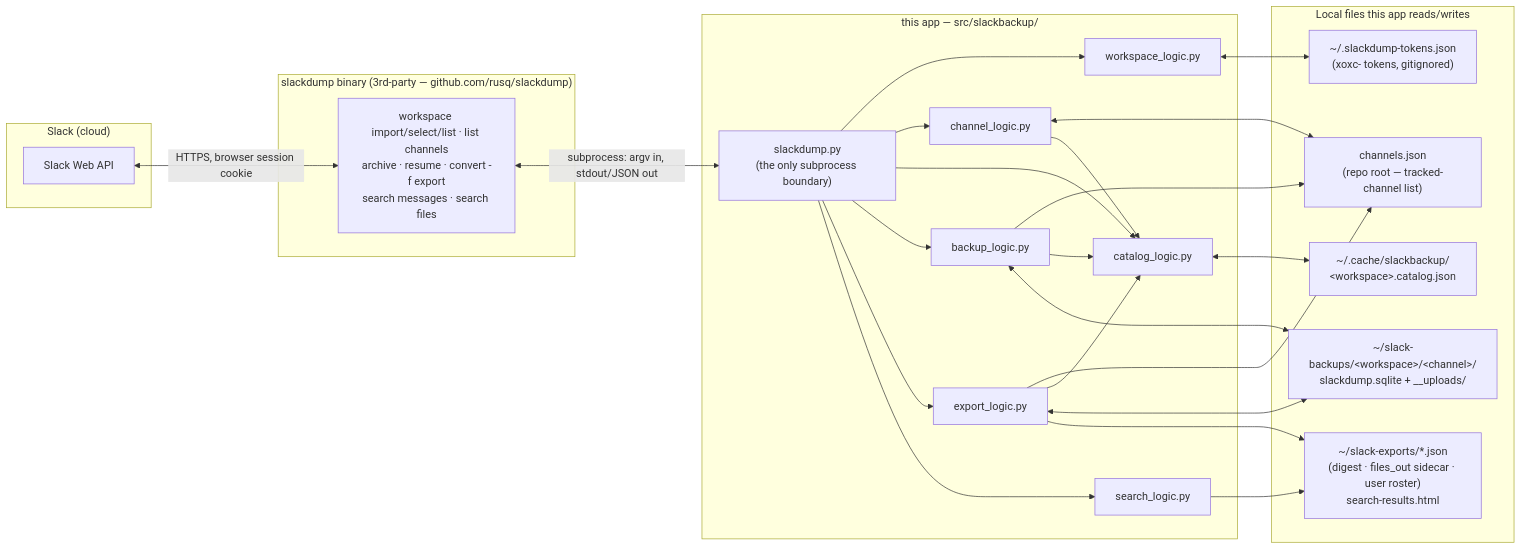
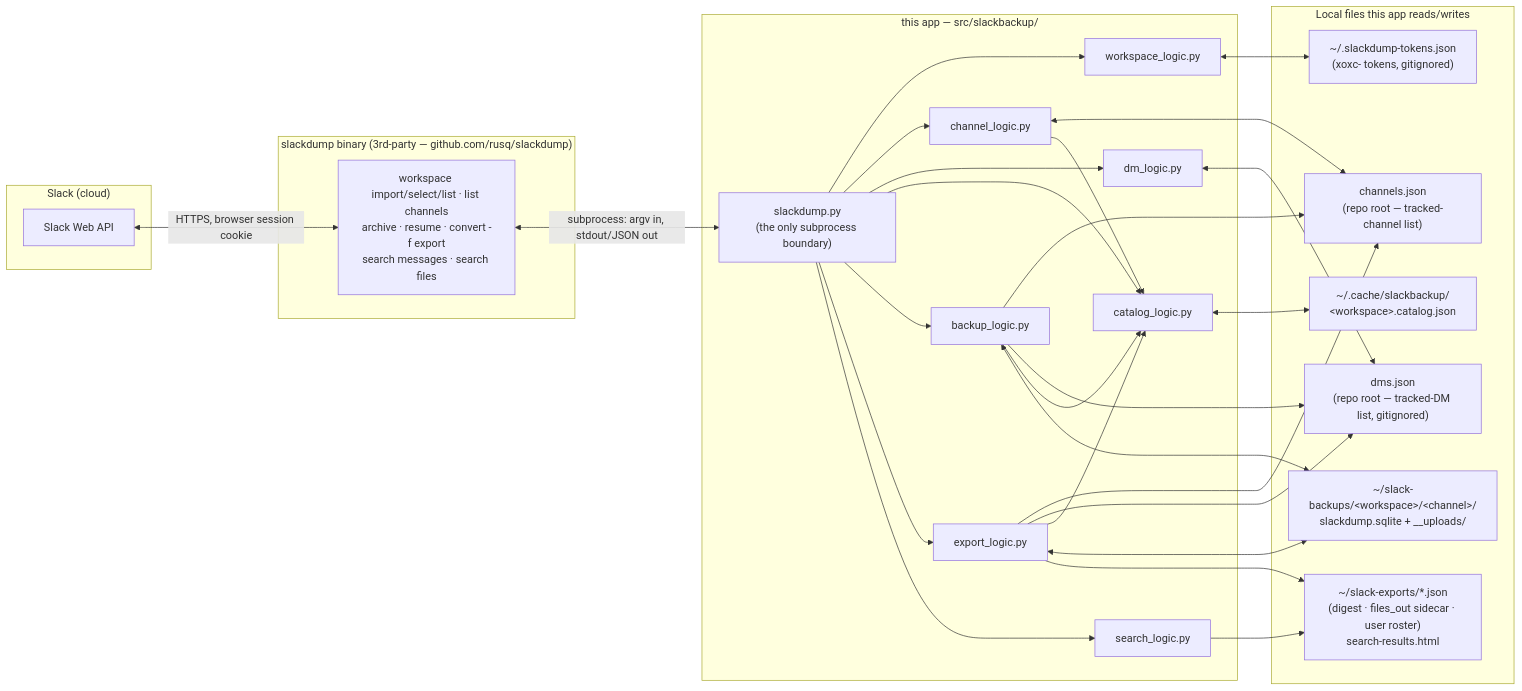
One commit to stuartdonaldson/slack-archive-toolkit changed the diagram in docs/DESIGN.md. Above: the diagram before and after it, drawn with Mermaid. The commit also changed other lines of this file and 11 other files, not shown here.

````diff
--- a/docs/DESIGN.md
+++ b/docs/DESIGN.md
@@ -86,51 +92,57 @@
 ```mermaid
 flowchart LR
     subgraph Slack["Slack (cloud)"]
         API["Slack Web API"]
     end
 
     subgraph Bin["slackdump binary (3rd-party — github.com/rusq/slackdump)"]
         SD["workspace import/select/list · list channels\narchive · resume · convert -f export\nsearch messages · search files"]
     end
 
     subgraph App["this app — src/slackbackup/"]
         SDPY["slackdump.py\n(the only subprocess boundary)"]
         WSL["workspace_logic.py"]
         CHL["channel_logic.py"]
+        DML["dm_logic.py"]
         CATL["catalog_logic.py"]
         BKL["backup_logic.py"]
         EXPL["export_logic.py"]
         SRCHL["search_logic.py"]
     end
 
     subgraph Disk["Local files this app reads/writes"]
         TOK["~/.slackdump-tokens.json\n(xoxc- tokens, gitignored)"]
         CHJSON["channels.json\n(repo root — tracked-channel list)"]
+        DMJSON["dms.json\n(repo root — tracked-DM list, gitignored)"]
         CACHE["~/.cache/slackbackup/\n&lt;workspace&gt;.catalog.json"]
         ARCH["~/slack-backups/&lt;workspace&gt;/&lt;channel&gt;/\nslackdump.sqlite + __uploads/"]
         OUT["~/slack-exports/*.json\n(digest · files_out sidecar · user roster)\nsearch-results.html"]
     end
 
     API <-->|HTTPS, browser session cookie| SD
     SD <-->|subprocess: argv in, stdout/JSON out| SDPY
 
     SDPY --> WSL
     SDPY --> CHL
+    SDPY --> DML
     SDPY --> CATL
     SDPY --> BKL
     SDPY --> EXPL
     SDPY --> SRCHL
 
     WSL <--> TOK
     CHL <--> CHJSON
     CHL --> CATL
+    DML <--> DMJSON
     CATL <--> CACHE
     BKL --> CHJSON
+    BKL --> DMJSON
     BKL --> CATL
     BKL <--> ARCH
     EXPL --> CHJSON
+    EXPL --> DMJSON
     EXPL --> CATL
     EXPL <--> ARCH
     EXPL --> OUT
     SRCHL --> OUT
 ```
````
